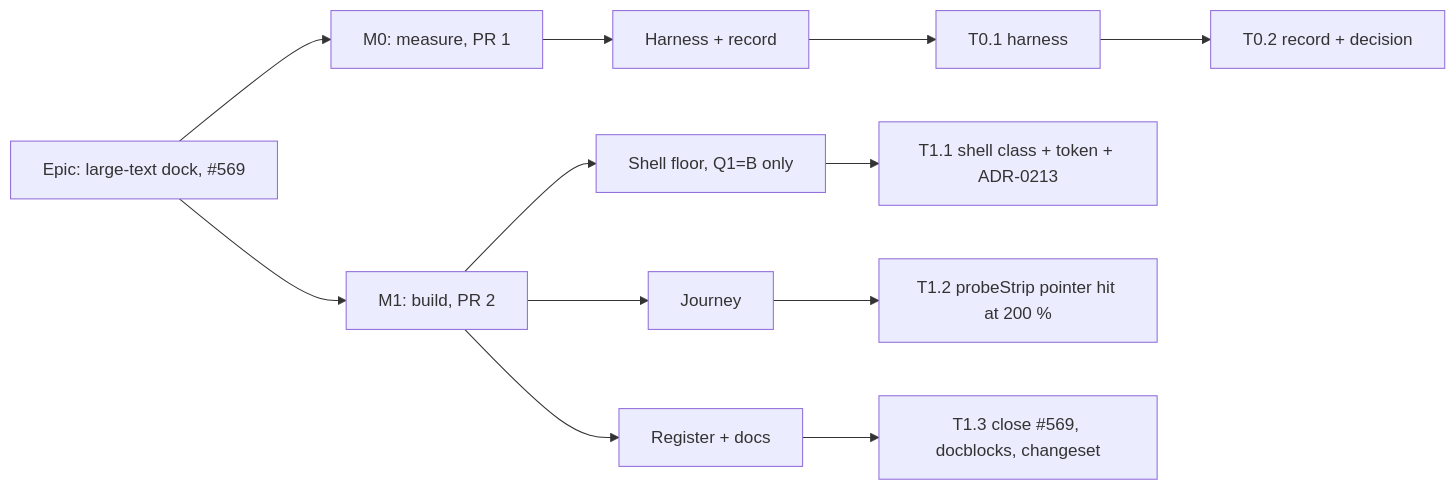
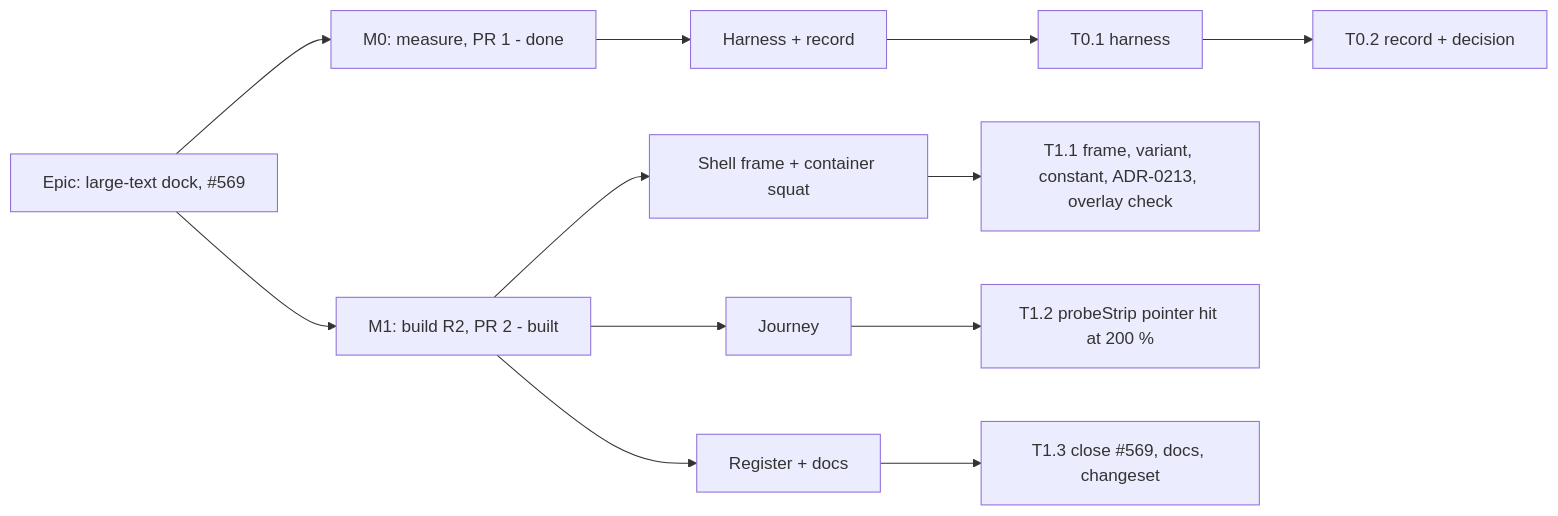
One commit to HuttonHomeHub/SchedulePoint_1 changed the diagram in docs/specs/large-text-dock/implementation-plan.md. Above: the diagram before and after it, drawn with Mermaid. The commit also changed other lines of this file and 23 other files, not shown here.

Commit message:
feat(web): ask the shell frame, not the window, whether it is short (#569) (#1271)

````diff
--- a/docs/specs/large-text-dock/implementation-plan.md
+++ b/docs/specs/large-text-dock/implementation-plan.md
@@ -9,9 +9,9 @@
 ```mermaid
 flowchart LR
-  E[Epic: large-text dock, #569] --> M0[M0: measure, PR 1]
-  E --> M1[M1: build, PR 2]
+  E[Epic: large-text dock, #569] --> M0[M0: measure, PR 1 - done]
+  E --> M1[M1: build R2, PR 2 - built]
   M0 --> F0[Harness + record] --> T01[T0.1 harness] --> T02[T0.2 record + decision]
-  M1 --> F1[Shell floor, Q1=B only] --> T11[T1.1 shell class + token + ADR-0213]
+  M1 --> F1[Shell frame + container squat] --> T11[T1.1 frame, variant, constant, ADR-0213, overlay check]
   M1 --> F2[Journey] --> T12[T1.2 probeStrip pointer hit at 200 %]
-  M1 --> F3[Register + docs] --> T13[T1.3 close #569, docblocks, changeset]
+  M1 --> F3[Register + docs] --> T13[T1.3 close #569, docs, changeset]
 ```
````
